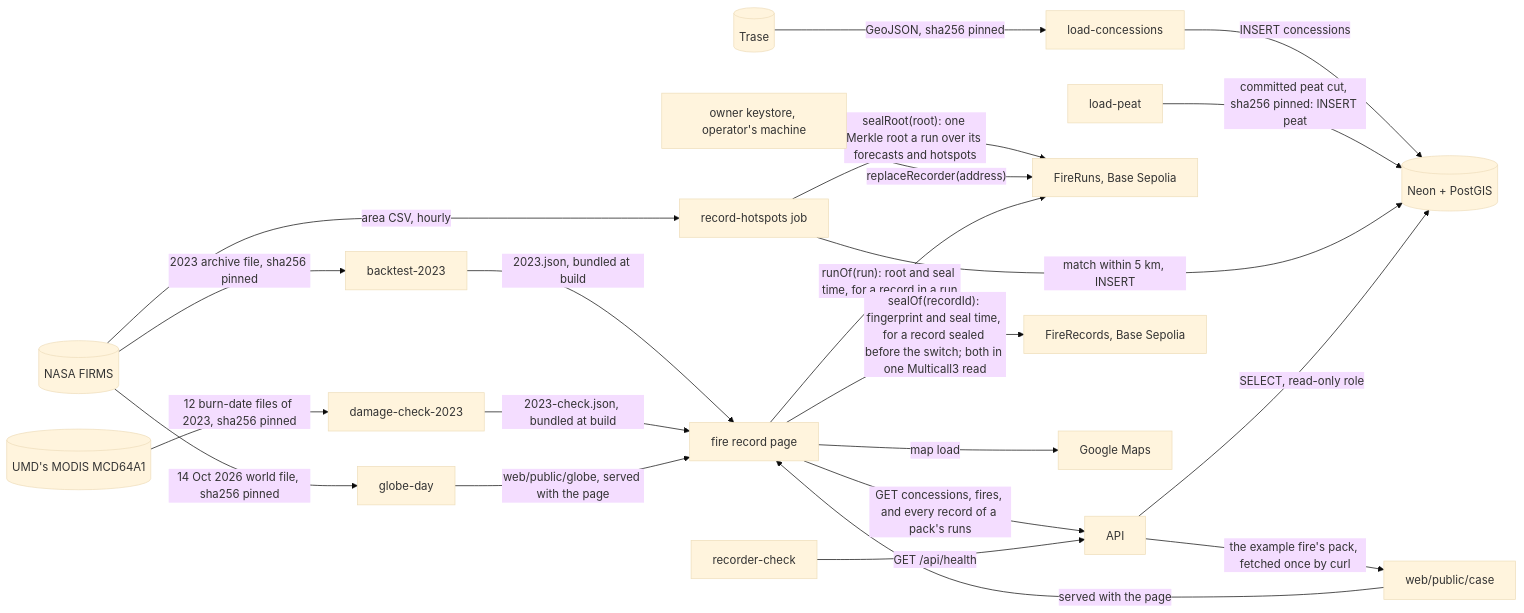
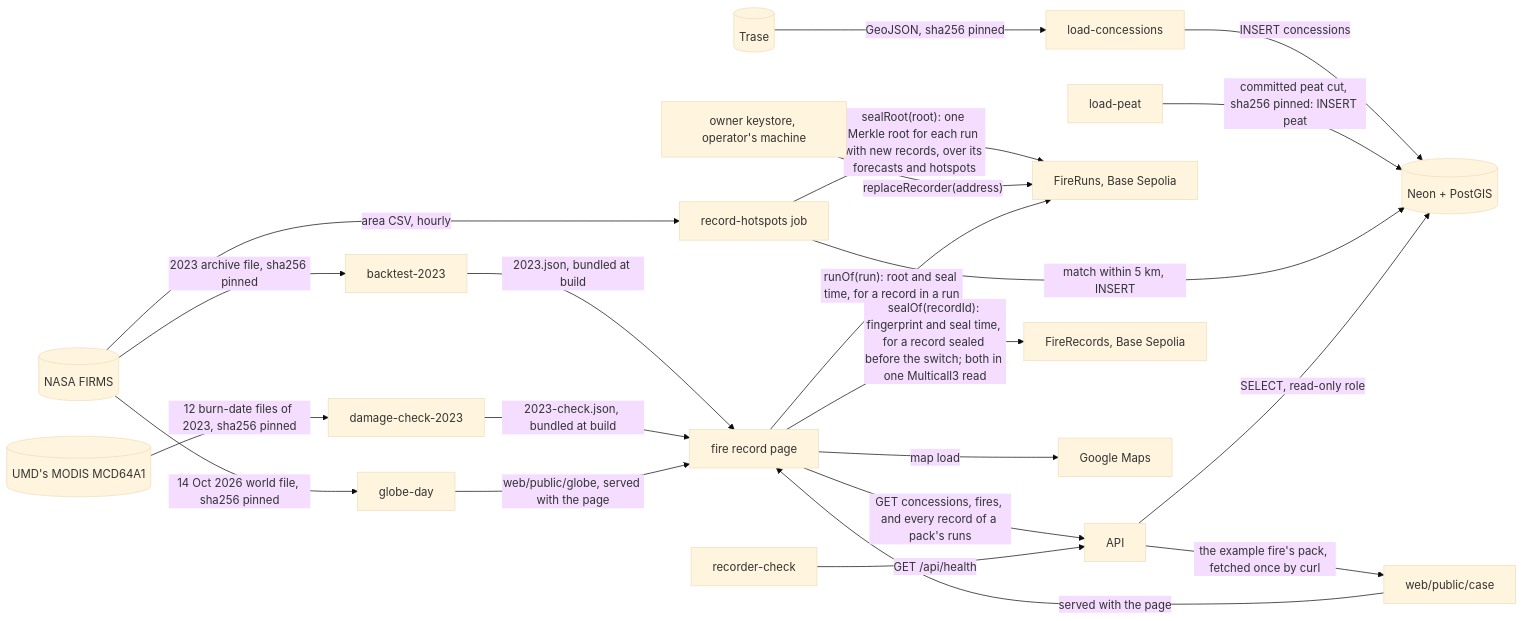
The second of 2 diagrams in docs/ARCHITECTURE.md (dzaffren/fire-watch), drawn with Mermaid (base theme) before and after one commit. The commit also changed other lines of this file and 3 other files, not shown here.

First line of the commit message:
docs: add source-claims to the architecture, changelog and README

````diff
--- a/docs/ARCHITECTURE.md
+++ b/docs/ARCHITECTURE.md
@@ -19,24 +19,24 @@
 ```mermaid
 flowchart LR
     F[(NASA FIRMS)] -- "area CSV, hourly" --> R[record-hotspots job]
     T[(Trase)] -- "GeoJSON, sha256 pinned" --> L[load-concessions]
     L -- "INSERT concessions" --> D[(Neon + PostGIS)]
     Q[load-peat] -- "committed peat cut, sha256 pinned: INSERT peat" --> D
     R -- "match within 5 km, INSERT" --> D
-    R -- "sealRoot(root): one Merkle root a run over its forecasts and hotspots" --> RU[FireRuns, Base Sepolia]
+    R -- "sealRoot(root): one Merkle root for each run with new records, over its forecasts and hotspots" --> RU[FireRuns, Base Sepolia]
     O[owner keystore, operator's machine] -- "replaceRecorder(address)" --> RU
     A[API] -- "SELECT, read-only role" --> D
     W[fire record page] -- "GET concessions, fires, and every record of a pack's runs" --> A
     W -- "runOf(run): root and seal time, for a record in a run" --> RU
     W -- "sealOf(recordId): fingerprint and seal time, for a record sealed before the switch; both in one Multicall3 read" --> C[FireRecords, Base Sepolia]
     W -- "map load" --> G[Google Maps]
     K[recorder-check] -- "GET /api/health" --> A
     F -- "2023 archive file, sha256 pinned" --> B[backtest-2023]
     B -- "2023.json, bundled at build" --> W
     M[(UMD's MODIS MCD64A1)] -- "12 burn-date files of 2023, sha256 pinned" --> DC[damage-check-2023]
     DC -- "2023-check.json, bundled at build" --> W
     F -- "14 Oct 2026 world file, sha256 pinned" --> GD[globe-day]
     GD -- "web/public/globe, served with the page" --> W
     A -- "the example fire's pack, fetched once by curl" --> CP[web/public/case]
     CP -- "served with the page" --> W
 ```
````
